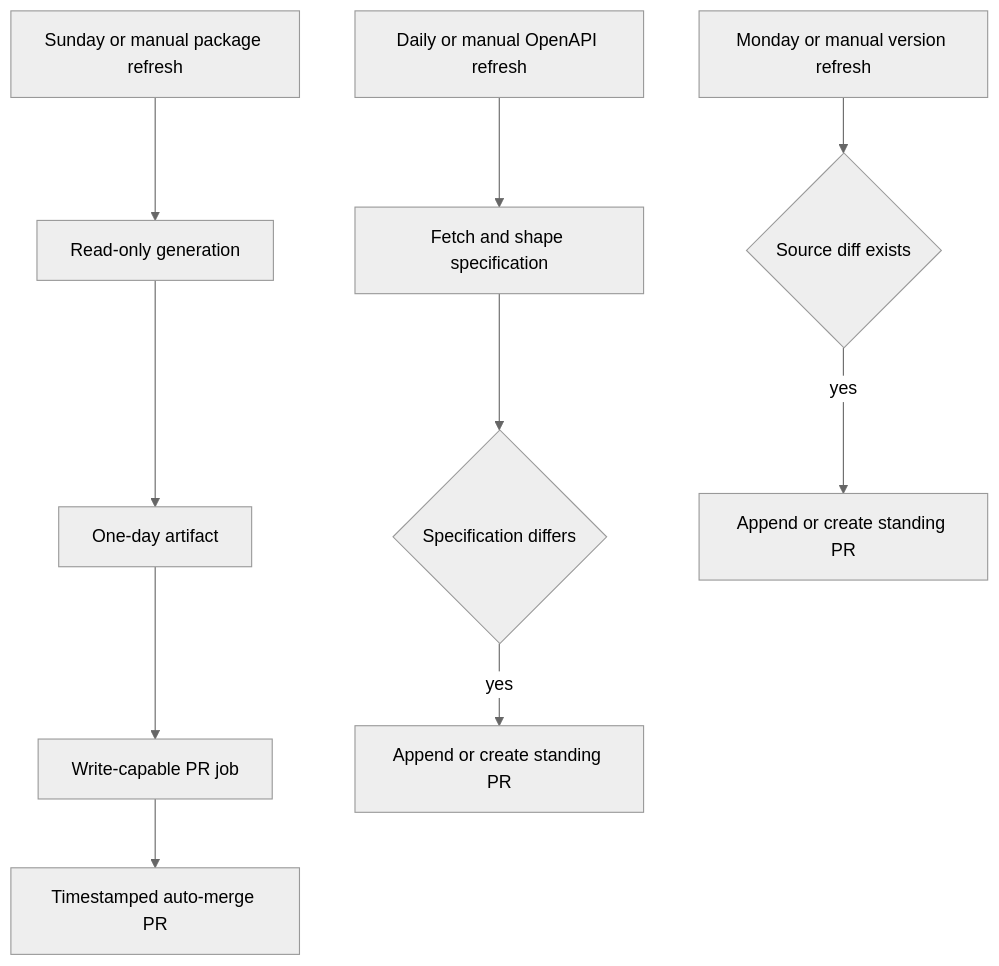
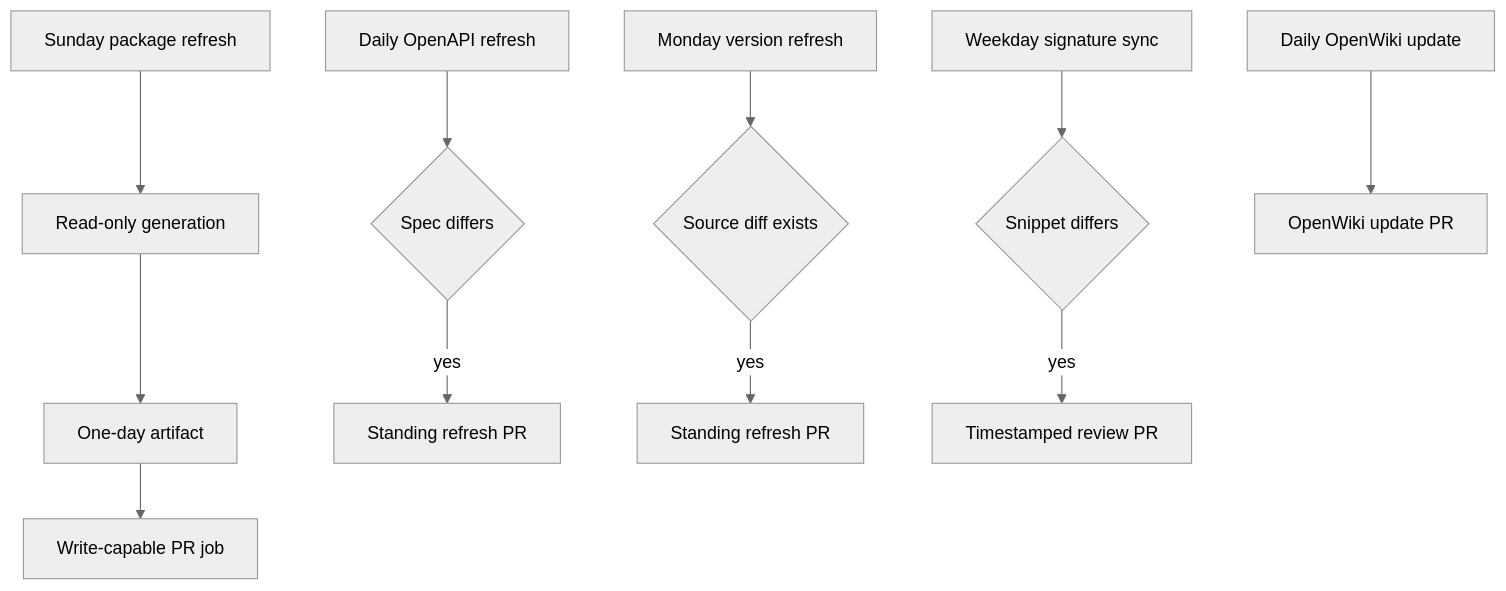
One commit to langchain-ai/docs changed the third of 3 diagrams in openwiki/integrations/github-actions.md. Above: the diagram before and after it, drawn with Mermaid (neutral theme). The commit also changed other lines of this file and 25 other files, not shown here.

Commit message:
docs: update OpenWiki

````diff
--- a/openwiki/integrations/github-actions.md
+++ b/openwiki/integrations/github-actions.md
@@ -161,12 +164,13 @@
 ```mermaid
 flowchart TD
-  PackageRun["Sunday or manual package refresh"] --> Generate["Read-only generation"]
+  Download["Sunday package refresh"] --> Generate["Read-only generation"]
   Generate --> Artifact["One-day artifact"]
-  Artifact --> Commit["Write-capable PR job"]
-  Commit --> PackagePR["Timestamped auto-merge PR"]
-  OpenAPIRun["Daily or manual OpenAPI refresh"] --> Process["Fetch and shape specification"]
-  Process --> OpenAPIDiff{"Specification differs"}
-  OpenAPIDiff -->|"yes"| OpenAPIPR["Append or create standing PR"]
-  VersionRun["Monday or manual version refresh"] --> VersionDiff{"Source diff exists"}
-  VersionDiff -->|"yes"| VersionPR["Append or create standing PR"]
+  Artifact --> Publish["Write-capable PR job"]
+  OpenAPI["Daily OpenAPI refresh"] --> OpenAPIDiff{"Spec differs"}
+  OpenAPIDiff -->|"yes"| OpenAPIPR["Standing refresh PR"]
+  Versions["Monday version refresh"] --> VersionDiff{"Source diff exists"}
+  VersionDiff -->|"yes"| VersionPR["Standing refresh PR"]
+  Signatures["Weekday signature sync"] --> SignatureDiff{"Snippet differs"}
+  SignatureDiff -->|"yes"| SignaturePR["Timestamped review PR"]
+  Wiki["Daily OpenWiki update"] --> WikiPR["OpenWiki update PR"]
 ```
````
